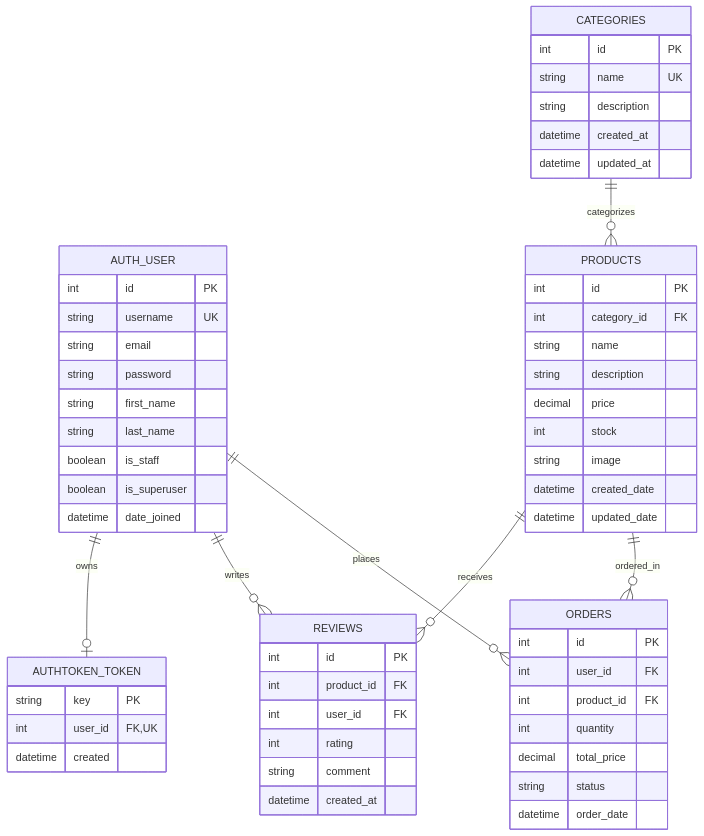
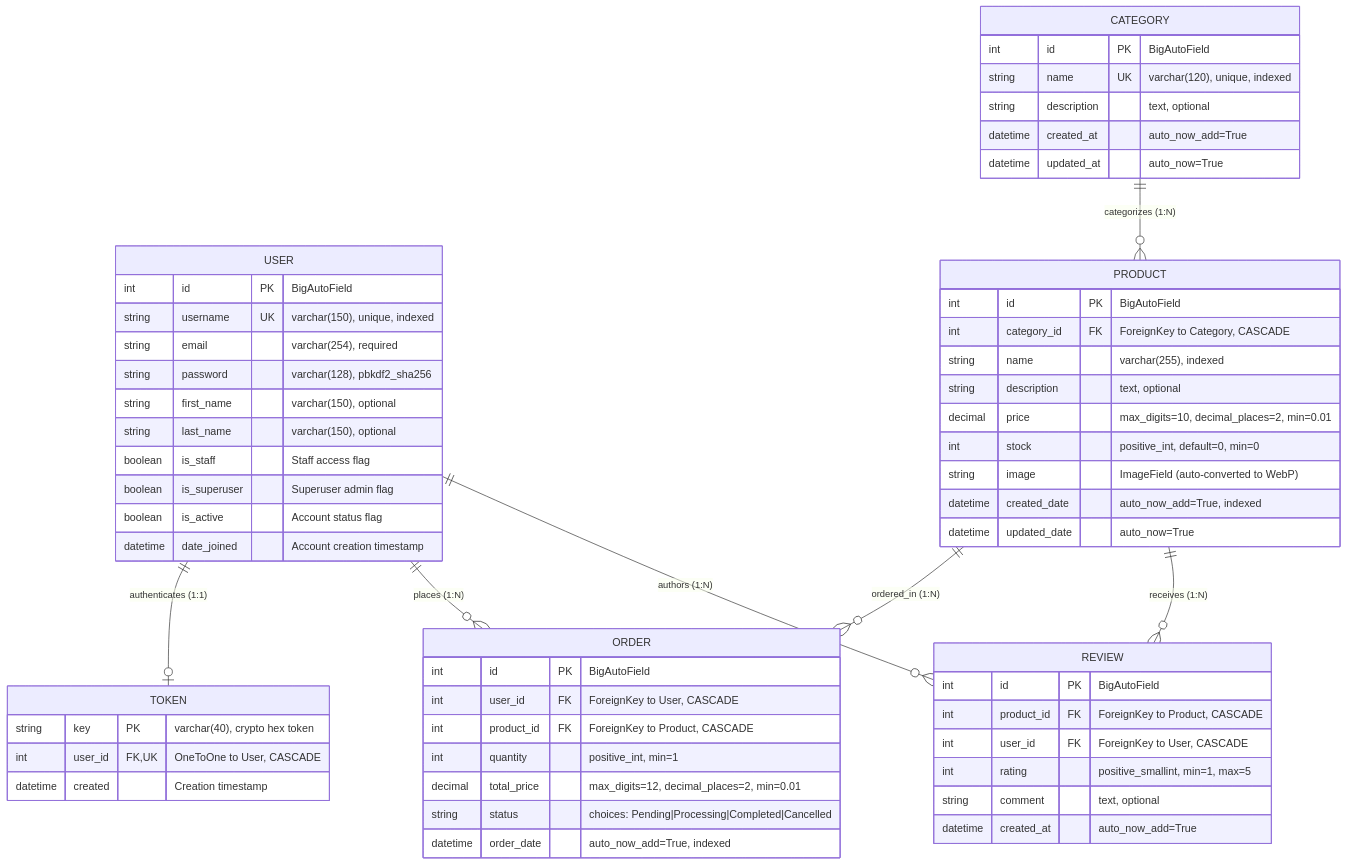
One commit to ArkaKarmoker/Mini-E-commerce-REST-API changed the diagram in README.md. Above: the diagram before and after it, drawn with Mermaid. The commit also changed other lines of this file and 3 other files, not shown here.

````diff
--- a/README.md
+++ b/README.md
@@ -104,66 +70,67 @@
 ```mermaid
 erDiagram
-    AUTH_USER ||--o{ ORDERS : places
-    AUTH_USER ||--o{ REVIEWS : writes
-    AUTH_USER ||--o| AUTHTOKEN_TOKEN : owns
-    CATEGORIES ||--o{ PRODUCTS : categorizes
-    PRODUCTS ||--o{ ORDERS : ordered_in
-    PRODUCTS ||--o{ REVIEWS : receives
+    USER ||--o| TOKEN : "authenticates (1:1)"
+    USER ||--o{ ORDER : "places (1:N)"
+    USER ||--o{ REVIEW : "authors (1:N)"
+    CATEGORY ||--o{ PRODUCT : "categorizes (1:N)"
+    PRODUCT ||--o{ ORDER : "ordered_in (1:N)"
+    PRODUCT ||--o{ REVIEW : "receives (1:N)"
 
-    AUTH_USER {
-        int id PK
-        string username UK
-        string email
-        string password
-        string first_name
-        string last_name
-        boolean is_staff
-        boolean is_superuser
-        datetime date_joined
+    USER {
+        int id PK "BigAutoField"
+        string username UK "varchar(150), unique, indexed"
+        string email "varchar(254), required"
+        string password "varchar(128), pbkdf2_sha256"
+        string first_name "varchar(150), optional"
+        string last_name "varchar(150), optional"
+        boolean is_staff "Staff access flag"
+        boolean is_superuser "Superuser admin flag"
+        boolean is_active "Account status flag"
+        datetime date_joined "Account creation timestamp"
     }
 
-    CATEGORIES {
-        int id PK
-        string name UK
-        string description
-        datetime created_at
-        datetime updated_at
+    TOKEN {
+        string key PK "varchar(40), crypto hex token"
+        int user_id FK,UK "OneToOne to User, CASCADE"
+        datetime created "Creation timestamp"
     }
 
-    PRODUCTS {
-        int id PK
-        int category_id FK
-        string name
-        string description
-        decimal price
-        int stock
-        string image
-        datetime created_date
-        datetime updated_date
+    CATEGORY {
+        int id PK "BigAutoField"
+        string name UK "varchar(120), unique, indexed"
+        string description "text, optional"
+        datetime created_at "auto_now_add=True"
+        datetime updated_at "auto_now=True"
     }
 
-    ORDERS {
-        int id PK
-        int user_id FK
-        int product_id FK
-        int quantity
-        decimal total_price
-        string status
-        datetime order_date
+    PRODUCT {
+        int id PK "BigAutoField"
+        int category_id FK "ForeignKey to Category, CASCADE"
+        string name "varchar(255), indexed"
+        string description "text, optional"
+        decimal price "max_digits=10, decimal_places=2, min=0.01"
+        int stock "positive_int, default=0, min=0"
+        string image "ImageField (auto-converted to WebP)"
+        datetime created_date "auto_now_add=True, indexed"
+        datetime updated_date "auto_now=True"
     }
 
-    REVIEWS {
-        int id PK
-        int product_id FK
-        int user_id FK
-        int rating
-        string comment
-        datetime created_at
+    ORDER {
+        int id PK "BigAutoField"
+        int user_id FK "ForeignKey to User, CASCADE"
+        int product_id FK "ForeignKey to Product, CASCADE"
+        int quantity "positive_int, min=1"
+        decimal total_price "max_digits=12, decimal_places=2, min=0.01"
+        string status "choices: Pending|Processing|Completed|Cancelled"
+        datetime order_date "auto_now_add=True, indexed"
     }
 
-    AUTHTOKEN_TOKEN {
-        string key PK
-        int user_id FK, UK
-        datetime created
+    REVIEW {
+        int id PK "BigAutoField"
+        int product_id FK "ForeignKey to Product, CASCADE"
+        int user_id FK "ForeignKey to User, CASCADE"
+        int rating "positive_smallint, min=1, max=5"
+        string comment "text, optional"
+        datetime created_at "auto_now_add=True"
     }
 ```
````
